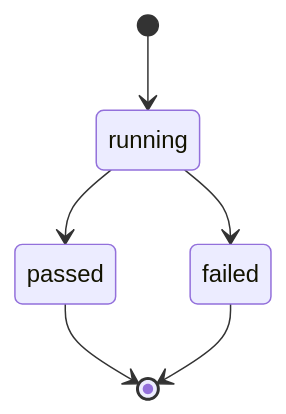
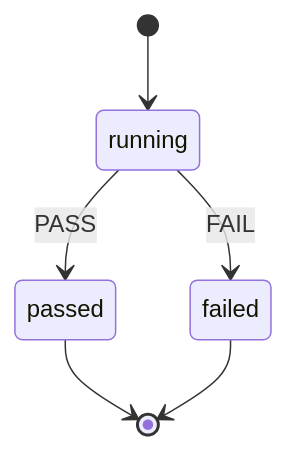
Before and after one commit to kody-hq/kody: the ninth of 51 diagrams in docs/contributing/state-machines.md, drawn with Mermaid. The commit also changed other lines of this file and 129 other files, not shown here.

````diff
--- a/docs/contributing/state-machines.md
+++ b/docs/contributing/state-machines.md
@@ -279,8 +298,8 @@
 ```mermaid
 stateDiagram-v2
     [*] --> running
-    running --> passed
-    running --> failed
+    running --> passed: PASS
+    running --> failed: FAIL
     passed --> [*]
     failed --> [*]
 ```
````
